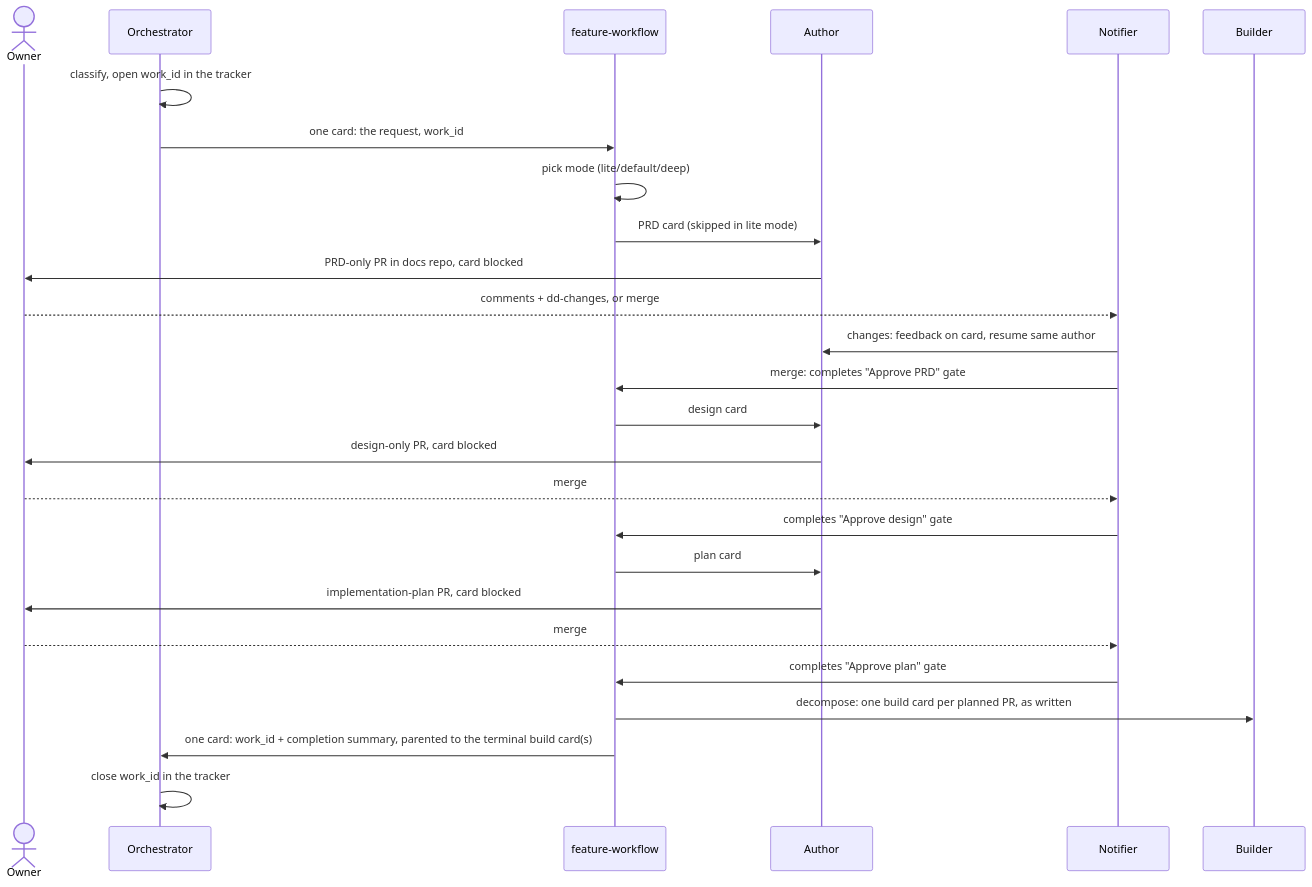
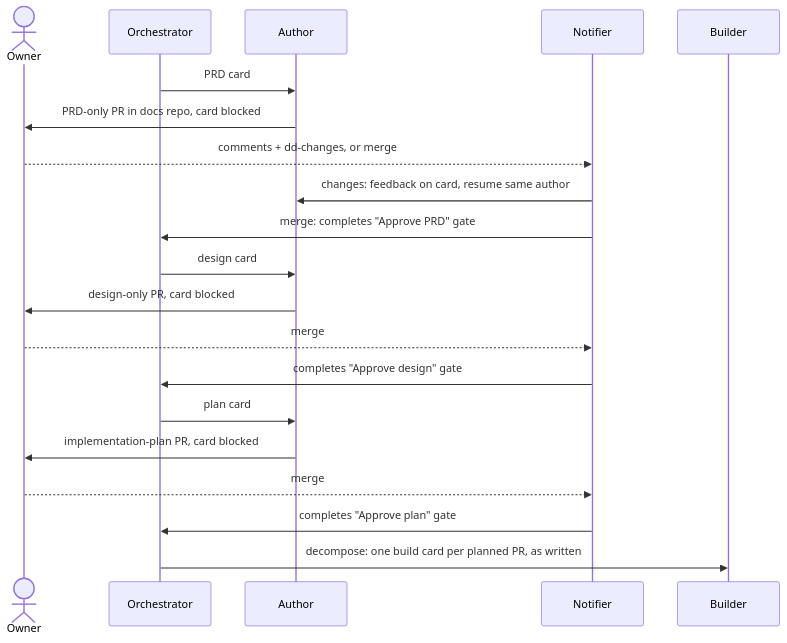
The first of 3 diagrams in docs/workflows.md (Zhachory1/ralph), drawn with Mermaid before and after one commit. The commit also changed other lines of this file and 2 other files, not shown here.

Commit message:
fix(reap-sandboxes): require a quiet period, report failed removals; scope docs
Review findings on #189:
- A sleeping container did not prove its task was over: an agent works
  outside its sandbox between terminal calls. A container is now reaped
  only after no command has started in it for 3h (Docker exec_start
  events), longer than the longest card runtime (7200s).
- A failed docker rm was counted as reaped and the run exited 0, so the
  hourly stamp hid it. Failures are now reported, not counted, and exit 1
  so run-review-loop retries next poll.
- docs/workflows.md carried unrelated feature-workflow changes; reverted
  to main and replaced with a short reaper paragraph only.

````diff
--- a/docs/workflows.md
+++ b/docs/workflows.md
@@ -11,28 +11,22 @@
 ```mermaid
 sequenceDiagram
     actor Owner
     participant O as Orchestrator
-    participant FW as feature-workflow
     participant A as Author
     participant N as Notifier
     participant B as Builder
-    O->>O: classify, open work_id in the tracker
-    O->>FW: one card: the request, work_id
-    FW->>FW: pick mode (lite/default/deep)
-    FW->>A: PRD card (skipped in lite mode)
+    O->>A: PRD card
     A->>Owner: PRD-only PR in docs repo, card blocked
     Owner-->>N: comments + dd-changes, or merge
     N->>A: changes: feedback on card, resume same author
-    N->>FW: merge: completes "Approve PRD" gate
-    FW->>A: design card
+    N->>O: merge: completes "Approve PRD" gate
+    O->>A: design card
     A->>Owner: design-only PR, card blocked
     Owner-->>N: merge
-    N->>FW: completes "Approve design" gate
-    FW->>A: plan card
+    N->>O: completes "Approve design" gate
+    O->>A: plan card
     A->>Owner: implementation-plan PR, card blocked
     Owner-->>N: merge
-    N->>FW: completes "Approve plan" gate
-    FW->>B: decompose: one build card per planned PR, as written
-    FW->>O: one card: work_id + completion summary, parented to the terminal build card(s)
-    O->>O: close work_id in the tracker
+    N->>O: completes "Approve plan" gate
+    O->>B: decompose: one build card per planned PR, as written
 ```
````
